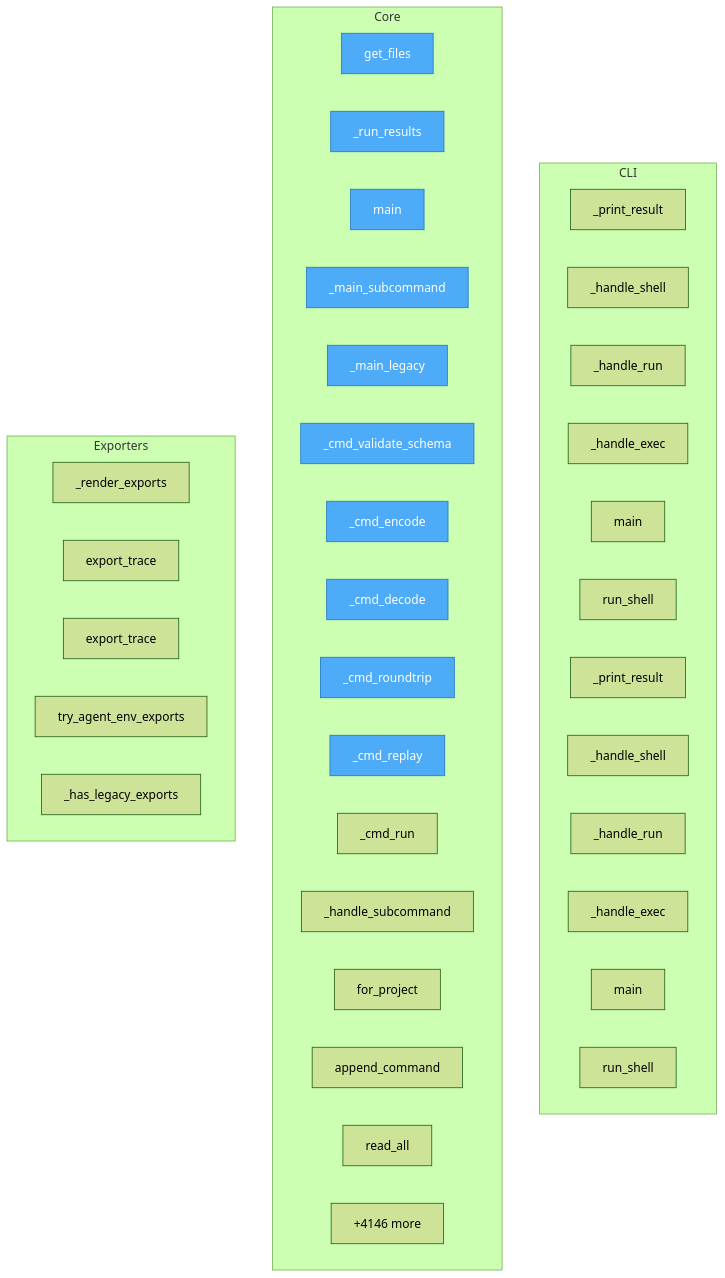
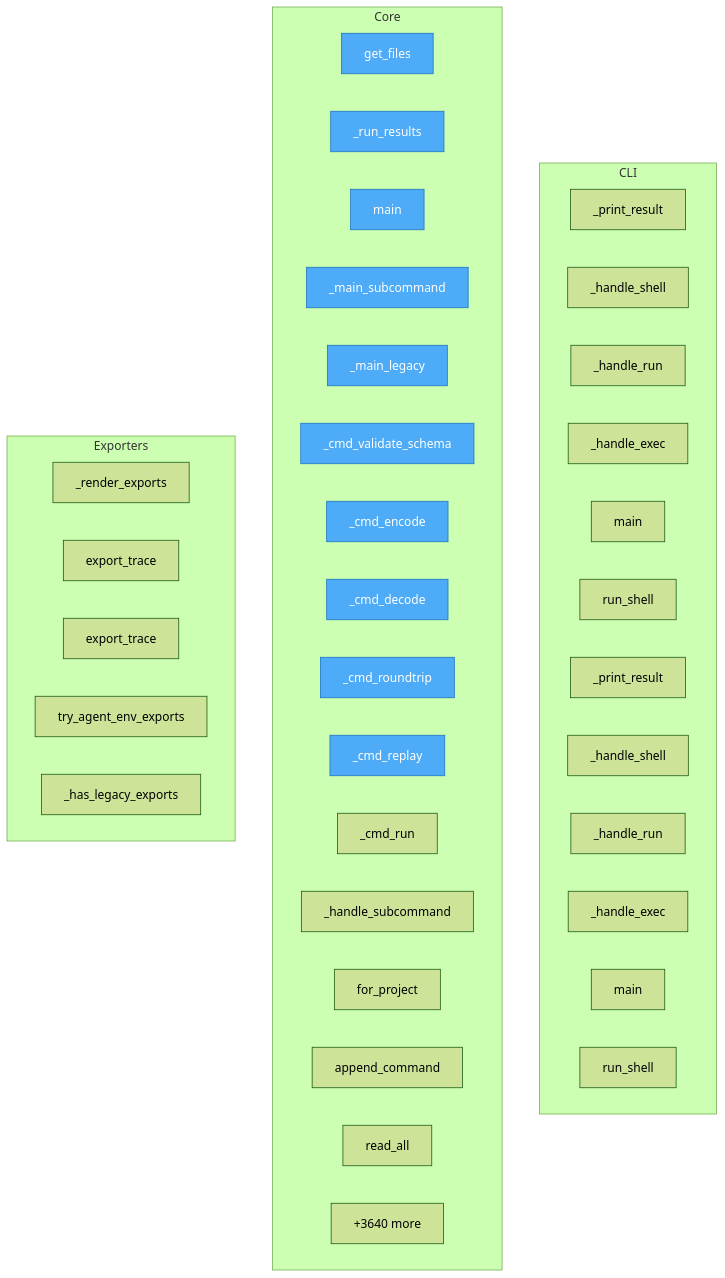
The diagram in project/flow.mmd (semcod/koru), drawn with Mermaid (forest theme) before and after one commit. The commit also changed 33 other files, not shown here.

```diff
--- a/project/flow.mmd
+++ b/project/flow.mmd
@@ -1,49 +1,49 @@
 flowchart TD
-%% generated in 2.76s
+%% generated in 2.51s
 
     %% Entry points (blue)
     classDef entry fill:#4dabf7,stroke:#1971c2,color:#fff
 
     subgraph CLI
         packages__cli2koru__src__cli2koru__cli___print_result["_print_result"]
         packages__cli2koru__src__cli2koru__cli___handle_shell["_handle_shell"]
         packages__cli2koru__src__cli2koru__cli___handle_run["_handle_run"]
         packages__cli2koru__src__cli2koru__cli___handle_exec["_handle_exec"]
         packages__cli2koru__src__cli2koru__cli__main["main"]
         packages__cli2koru__src__cli2koru__shell__run_shell["run_shell"]
         packages__cli2coru__src__cli2coru__cli___print_result["_print_result"]
         packages__cli2coru__src__cli2coru__cli___handle_shell["_handle_shell"]
         packages__cli2coru__src__cli2coru__cli___handle_run["_handle_run"]
         packages__cli2coru__src__cli2coru__cli___handle_exec["_handle_exec"]
         packages__cli2coru__src__cli2coru__cli__main["main"]
         packages__cli2coru__src__cli2coru__shell__run_shell["run_shell"]
     end
 
     subgraph Core
         check_dups__get_files["get_files"]
         packages__dsl2koru__src__dsl2koru__cli___run_results["_run_results"]
         packages__dsl2koru__src__dsl2koru__cli__main["main"]
         packages__dsl2koru__src__dsl2koru__cli___main_subcommand["_main_subcommand"]
         packages__dsl2koru__src__dsl2koru__cli___main_legacy["_main_legacy"]
         packages__dsl2koru__src__dsl2koru__cli___cmd_validate_schema["_cmd_validate_schema"]
         packages__dsl2koru__src__dsl2koru__cli___cmd_encode["_cmd_encode"]
         packages__dsl2koru__src__dsl2koru__cli___cmd_decode["_cmd_decode"]
         packages__dsl2koru__src__dsl2koru__cli___cmd_roundtrip["_cmd_roundtrip"]
         packages__dsl2koru__src__dsl2koru__cli___cmd_replay["_cmd_replay"]
         packages__dsl2koru__src__dsl2koru__cli___cmd_run["_cmd_run"]
         packages__dsl2koru__src__dsl2koru__cli___handle_subcommand["_handle_subcommand"]
         packages__dsl2koru__src__dsl2koru__events__EventStore__for_project["for_project"]
         packages__dsl2koru__src__dsl2koru__events__EventStore__append_command["append_command"]
         packages__dsl2koru__src__dsl2koru__events__EventStore__read_all["read_all"]
-        ...["+4146 more"]
+        ...["+3640 more"]
     end
 
     subgraph Exporters
         packages__koruenv__src__koruenv__cli___render_exports["_render_exports"]
         packages__nlpshim__src__nlpshim__conversation_client__ConversationTestClient__export_trace["export_trace"]
         packages__nlpshim__src__nlpshim__conversation_test_api__export_trace["export_trace"]
         src__koru__agent_cli_helpers__try_agent_env_exports["try_agent_env_exports"]
         src__koru__cli___has_legacy_exports["_has_legacy_exports"]
     end
 
     class check_dups__get_files,packages__dsl2koru__src__dsl2koru__cli___run_results,packages__dsl2koru__src__dsl2koru__cli__main,packages__dsl2koru__src__dsl2koru__cli___main_subcommand,packages__dsl2koru__src__dsl2koru__cli___main_legacy,packages__dsl2koru__src__dsl2koru__cli___cmd_validate_schema,packages__dsl2koru__src__dsl2koru__cli___cmd_encode,packages__dsl2koru__src__dsl2koru__cli___cmd_decode,packages__dsl2koru__src__dsl2koru__cli___cmd_roundtrip,packages__dsl2koru__src__dsl2koru__cli___cmd_replay entry
```
